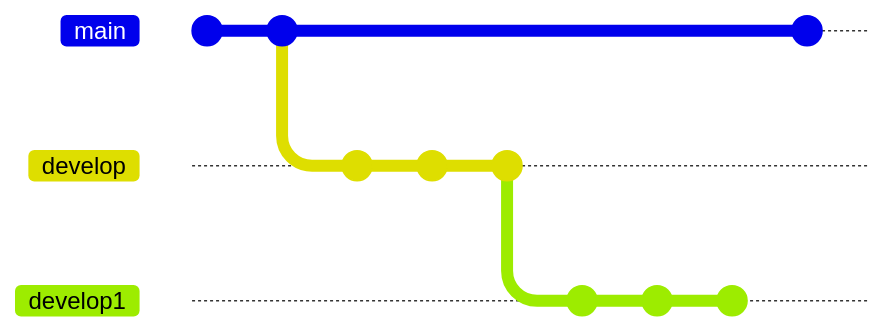
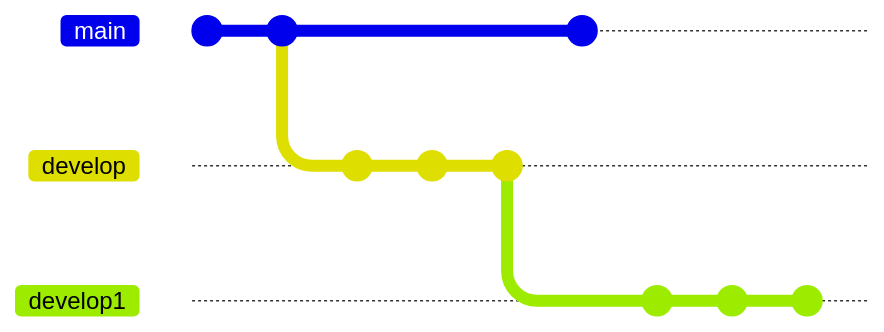
The first of 2 diagrams in README.md (cqh963852/git-test), drawn with Mermaid before and after one commit. The commit also changed other lines of this file, not shown here. Commit ids are hidden.

````diff
--- a/README.md
+++ b/README.md
@@ -17,15 +29,17 @@
 ```mermaid
 gitGraph
-       commit
-       commit
+       commit id: "1"
+       commit id: "2"
        branch develop
-       commit
-       commit
-       commit
+       commit id: "3"
+       commit id: "4"
+       commit id: "5"
+       checkout main
+       commit id: "6"
+       checkout develop
        branch develop1
-       commit
-       commit
-       commit
-       checkout main
-       commit
+       commit id: "7"
+       commit id: "8"
+       commit id: "9"
+
 ```
````
